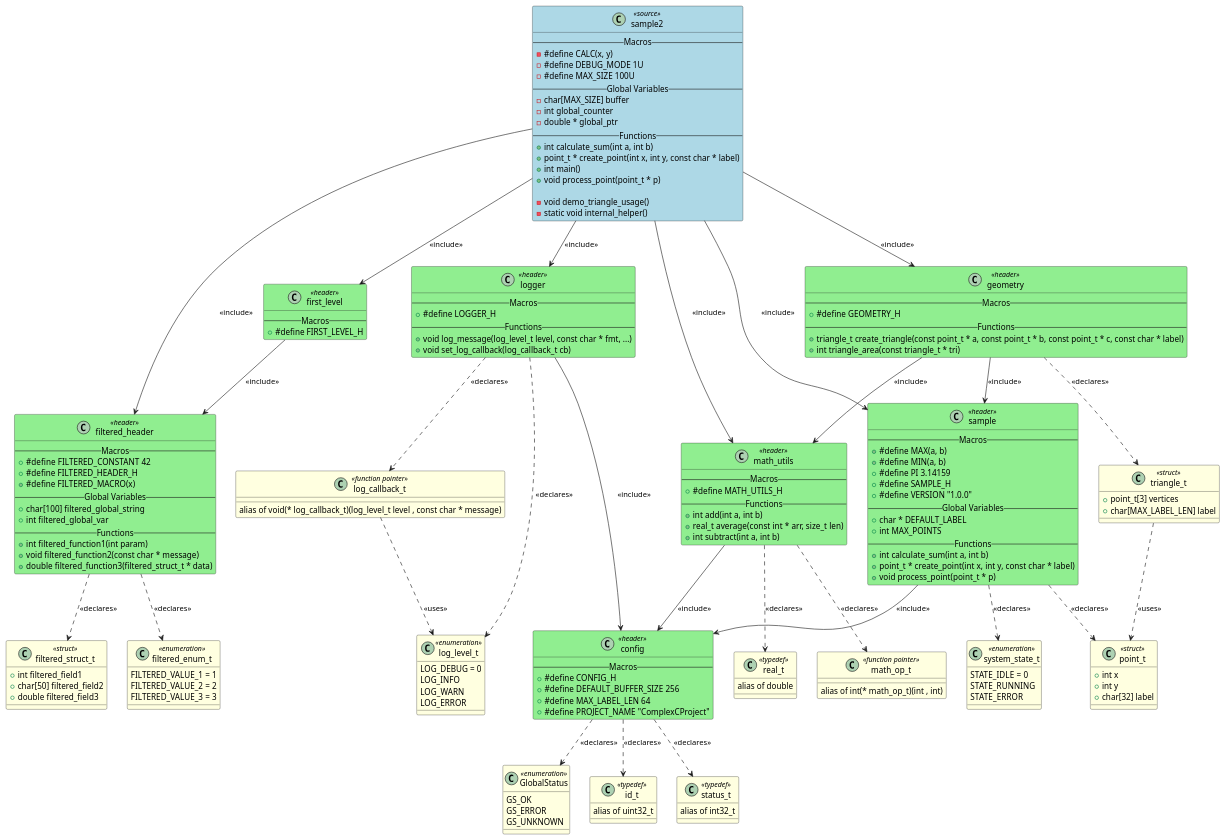
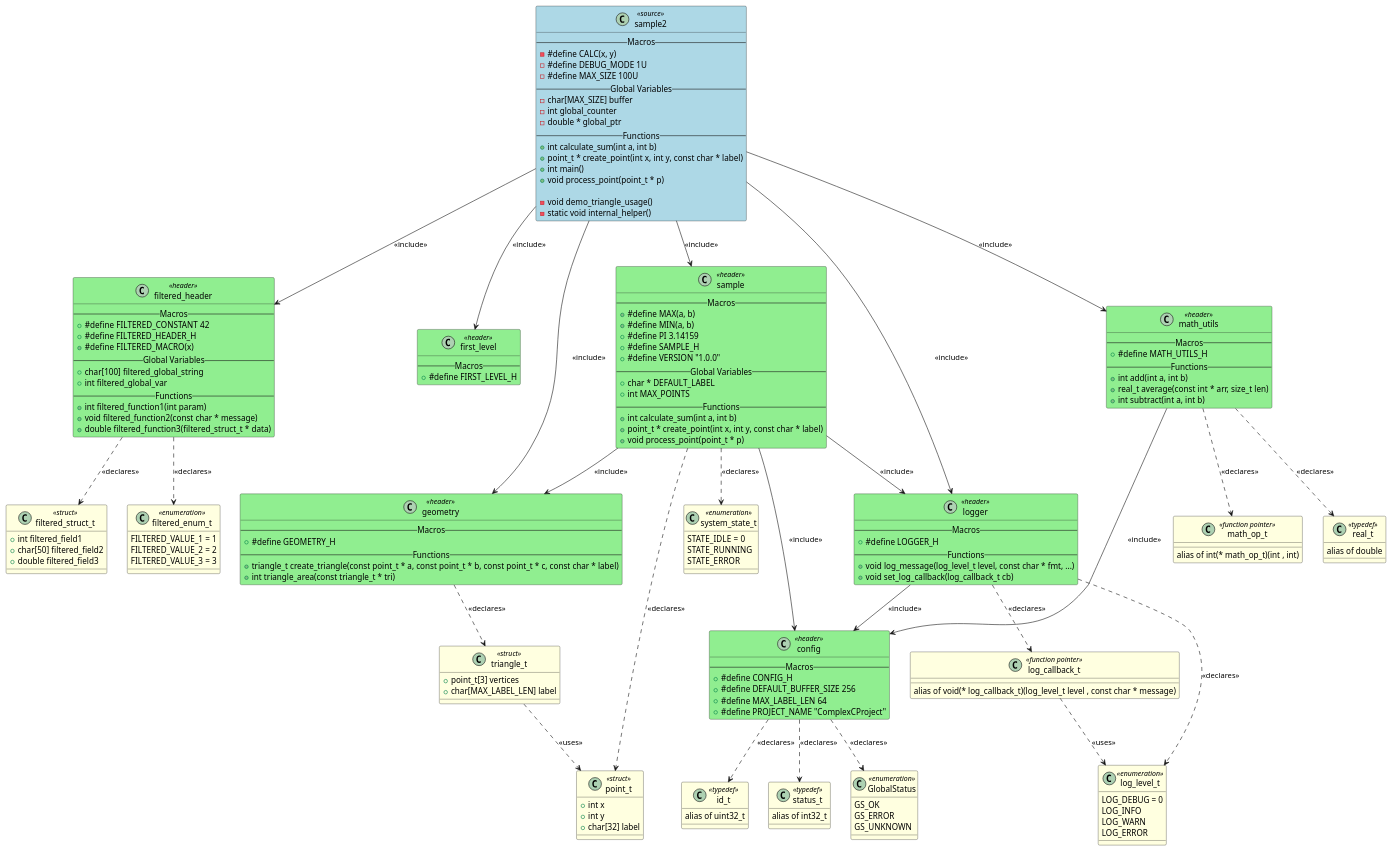
The diagram in artifacts/output_example/sample2.puml (fischerjooo/c2puml), drawn with PlantUML before and after one commit. The commit also changed 18 other files, not shown here.

```diff
--- a/artifacts/output_example/sample2.puml
+++ b/artifacts/output_example/sample2.puml
@@ -171,12 +171,11 @@
 
 
 ' Include relationships
-HEADER_FIRST_LEVEL --> HEADER_FILTERED_HEADER : <<include>>
-HEADER_GEOMETRY --> HEADER_MATH_UTILS : <<include>>
-HEADER_GEOMETRY --> HEADER_SAMPLE : <<include>>
 HEADER_LOGGER --> HEADER_CONFIG : <<include>>
 HEADER_MATH_UTILS --> HEADER_CONFIG : <<include>>
 HEADER_SAMPLE --> HEADER_CONFIG : <<include>>
+HEADER_SAMPLE --> HEADER_GEOMETRY : <<include>>
+HEADER_SAMPLE --> HEADER_LOGGER : <<include>>
 SAMPLE2 --> HEADER_FILTERED_HEADER : <<include>>
 SAMPLE2 --> HEADER_FIRST_LEVEL : <<include>>
 SAMPLE2 --> HEADER_GEOMETRY : <<include>>
```
